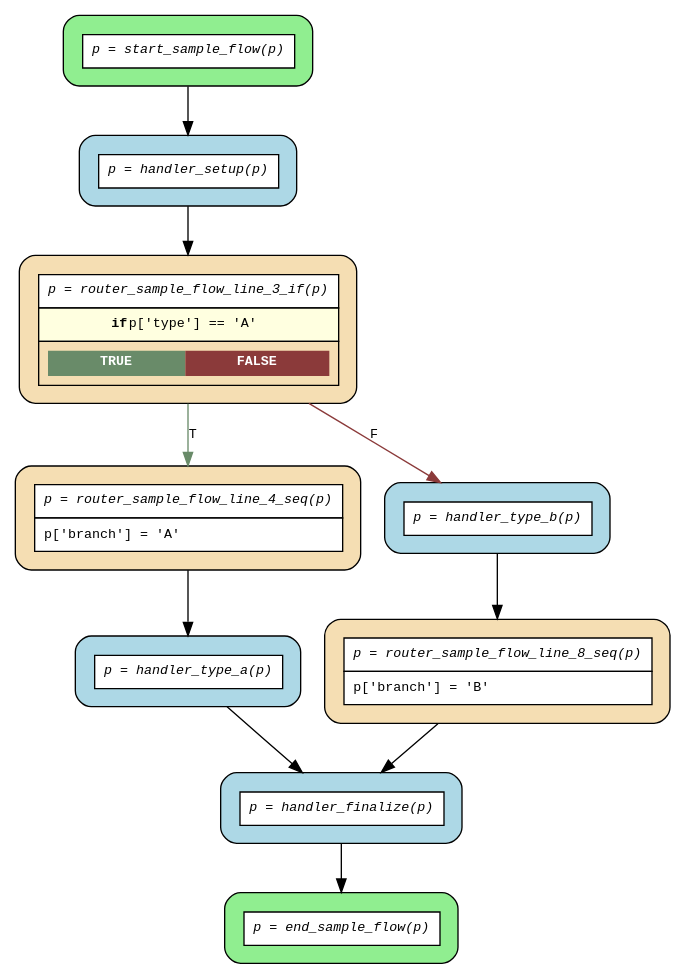
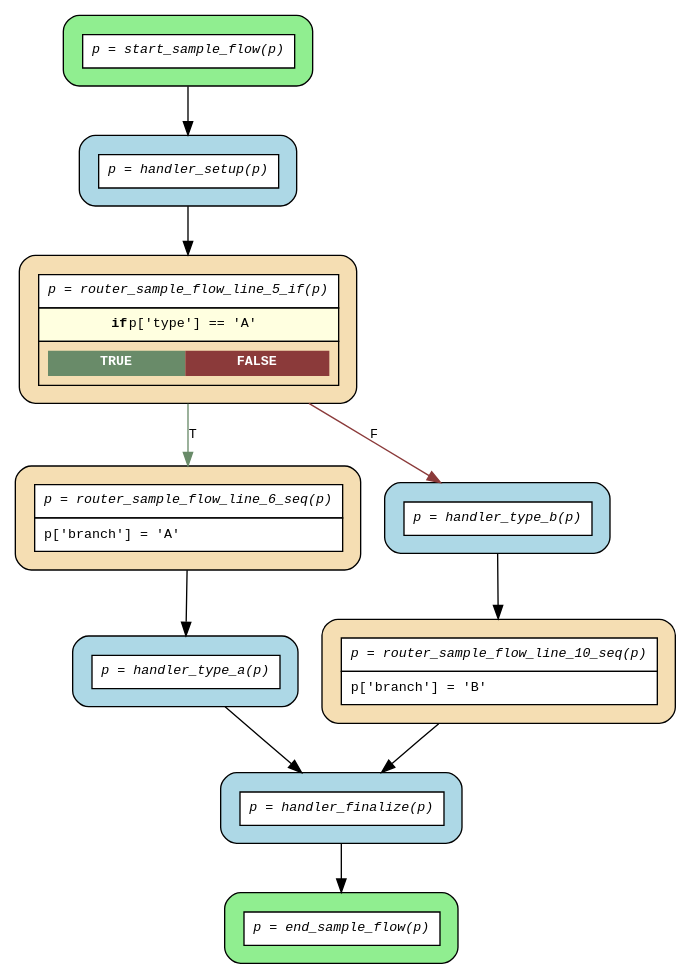
Before and after one commit to deliveryhero/asya: the diagram in docs/img/flows/compiled/sample_flow/flow.dot, drawn with Graphviz. The commit also changed 9 other files, not shown here.

```diff
--- a/docs/img/flows/compiled/sample_flow/flow.dot
+++ b/docs/img/flows/compiled/sample_flow/flow.dot
@@ -1,26 +1,26 @@
 digraph flow {
   rankdir=TB;
   graph [fontname="Courier", fontsize=10];
   node [fontname="Courier", fontsize=10, shape=box, style="filled,rounded", margin="0.2"];
   edge [fontname="Courier", fontsize=10];
 
   start_sample_flow [fillcolor="lightgreen", group="main", label=<<table border="0" cellspacing="0" cellpadding="6" cellborder="1"><tr><td bgcolor="white" align="center"><i>p = start_sample_flow(p)</i></td></tr></table>>];
-  router_sample_flow_line_4_seq [fillcolor="wheat", group="main", label=<<table border="0" cellspacing="0" cellpadding="6" cellborder="1"><tr><td bgcolor="white" align="center"><i>p = router_sample_flow_line_4_seq(p)</i></td></tr><tr><td bgcolor="white" align="left">p['branch'] = 'A'</td></tr></table>>];
-  router_sample_flow_line_8_seq [fillcolor="wheat", group="main", label=<<table border="0" cellspacing="0" cellpadding="6" cellborder="1"><tr><td bgcolor="white" align="center"><i>p = router_sample_flow_line_8_seq(p)</i></td></tr><tr><td bgcolor="white" align="left">p['branch'] = 'B'</td></tr></table>>];
-  router_sample_flow_line_3_if [fillcolor="wheat", group="main", label=<<table border="0" cellspacing="0" cellpadding="6" cellborder="1"><tr><td bgcolor="white" align="center"><i>p = router_sample_flow_line_3_if(p)</i></td></tr><tr><td bgcolor="lightyellow"><b>if</b> p['type'] == 'A'</td></tr><tr><td><table border="0" cellspacing="0" cellpadding="4"><tr><td bgcolor="darkseagreen4"><font color="white"><b>TRUE</b></font></td><td bgcolor="indianred4"><font color="white"><b>FALSE</b></font></td></tr></table></td></tr></table>>];
+  router_sample_flow_line_6_seq [fillcolor="wheat", group="main", label=<<table border="0" cellspacing="0" cellpadding="6" cellborder="1"><tr><td bgcolor="white" align="center"><i>p = router_sample_flow_line_6_seq(p)</i></td></tr><tr><td bgcolor="white" align="left">p['branch'] = 'A'</td></tr></table>>];
+  router_sample_flow_line_10_seq [fillcolor="wheat", group="main", label=<<table border="0" cellspacing="0" cellpadding="6" cellborder="1"><tr><td bgcolor="white" align="center"><i>p = router_sample_flow_line_10_seq(p)</i></td></tr><tr><td bgcolor="white" align="left">p['branch'] = 'B'</td></tr></table>>];
+  router_sample_flow_line_5_if [fillcolor="wheat", group="main", label=<<table border="0" cellspacing="0" cellpadding="6" cellborder="1"><tr><td bgcolor="white" align="center"><i>p = router_sample_flow_line_5_if(p)</i></td></tr><tr><td bgcolor="lightyellow"><b>if</b> p['type'] == 'A'</td></tr><tr><td><table border="0" cellspacing="0" cellpadding="4"><tr><td bgcolor="darkseagreen4"><font color="white"><b>TRUE</b></font></td><td bgcolor="indianred4"><font color="white"><b>FALSE</b></font></td></tr></table></td></tr></table>>];
   end_sample_flow [fillcolor="lightgreen", group="main", label=<<table border="0" cellspacing="0" cellpadding="6" cellborder="1"><tr><td bgcolor="white" align="center"><i>p = end_sample_flow(p)</i></td></tr></table>>];
   handler_finalize [fillcolor="lightblue", label=<<table border="0" cellspacing="0" cellpadding="6" cellborder="1"><tr><td bgcolor="white" align="center"><i>p = handler_finalize(p)</i></td></tr></table>>];
   handler_setup [fillcolor="lightblue", label=<<table border="0" cellspacing="0" cellpadding="6" cellborder="1"><tr><td bgcolor="white" align="center"><i>p = handler_setup(p)</i></td></tr></table>>];
   handler_type_a [fillcolor="lightblue", label=<<table border="0" cellspacing="0" cellpadding="6" cellborder="1"><tr><td bgcolor="white" align="center"><i>p = handler_type_a(p)</i></td></tr></table>>];
   handler_type_b [fillcolor="lightblue", label=<<table border="0" cellspacing="0" cellpadding="6" cellborder="1"><tr><td bgcolor="white" align="center"><i>p = handler_type_b(p)</i></td></tr></table>>];
 
   handler_finalize -> end_sample_flow;
-  handler_setup -> router_sample_flow_line_3_if;
+  handler_setup -> router_sample_flow_line_5_if;
   handler_type_a -> handler_finalize;
-  handler_type_b -> router_sample_flow_line_8_seq;
-  router_sample_flow_line_3_if -> handler_type_b [label="F", color=indianred4];
-  router_sample_flow_line_3_if -> router_sample_flow_line_4_seq [label="T", color=darkseagreen4];
-  router_sample_flow_line_4_seq -> handler_type_a;
-  router_sample_flow_line_8_seq -> handler_finalize;
+  handler_type_b -> router_sample_flow_line_10_seq;
+  router_sample_flow_line_10_seq -> handler_finalize;
+  router_sample_flow_line_5_if -> handler_type_b [label="F", color=indianred4];
+  router_sample_flow_line_5_if -> router_sample_flow_line_6_seq [label="T", color=darkseagreen4];
+  router_sample_flow_line_6_seq -> handler_type_a;
   start_sample_flow -> handler_setup;
 }
```
